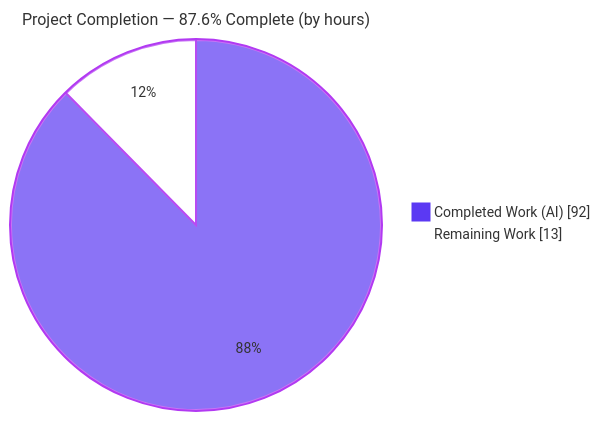
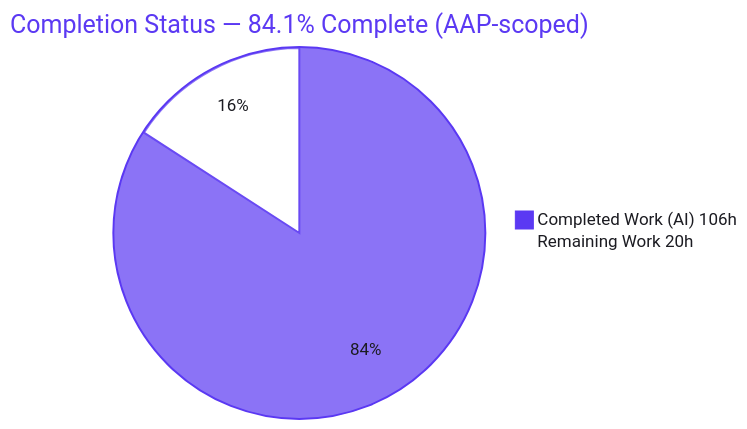
One commit to hitesh-blitzy/test-1 changed the first of 3 diagrams in blitzy/documentation/Project Guide.md. Above: the diagram before and after it, drawn with Mermaid. The commit also changed other lines of this file, not shown here.

Commit message:
Adding Blitzy Project Guide: Project Status and Human Tasks Remaining

````diff
--- a/blitzy/documentation/Project Guide.md
+++ b/blitzy/documentation/Project Guide.md
@@ -19,7 +16,6 @@
 ```mermaid
-%%{init: {'theme':'base','themeVariables':{'pie1':'#5B39F3','pie2':'#FFFFFF','pieStrokeColor':'#B23AF2','pieStrokeWidth':'2px','pieOuterStrokeWidth':'2px','pieOuterStrokeColor':'#B23AF2','pieTitleTextSize':'16px','pieSectionTextSize':'14px','pieLegendTextSize':'14px'}}}%%
-pie showData
-    title Project Completion — 87.6% Complete (by hours)
-    "Completed Work (AI)" : 92
-    "Remaining Work" : 13
+%%{init: {"theme":"base","themeVariables":{"pie1":"#5B39F3","pie2":"#FFFFFF","pieStrokeColor":"#5B39F3","pieStrokeWidth":"2px","pieOuterStrokeColor":"#5B39F3","pieOuterStrokeWidth":"2px","pieTitleTextColor":"#5B39F3","pieLegendTextColor":"#1c1c22","pieSectionTextColor":"#1c1c22"}}}%%
+pie title Completion Status — 84.1% Complete (AAP-scoped)
+    "Completed Work (AI) 106h" : 106
+    "Remaining Work 20h" : 20
 ```
````
